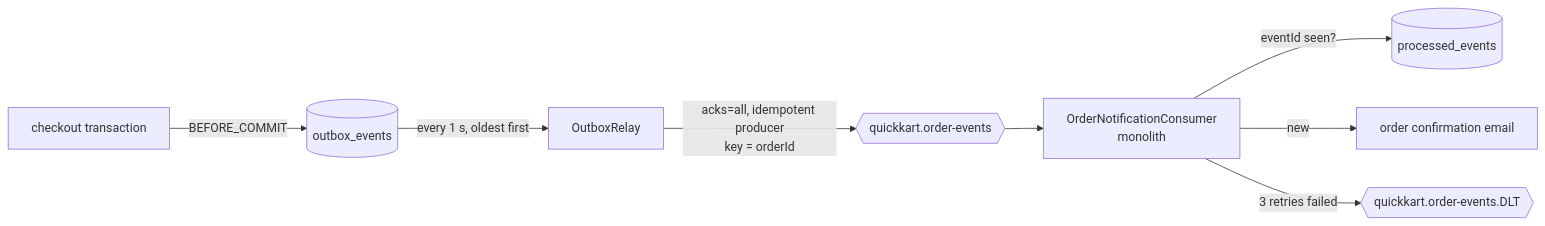
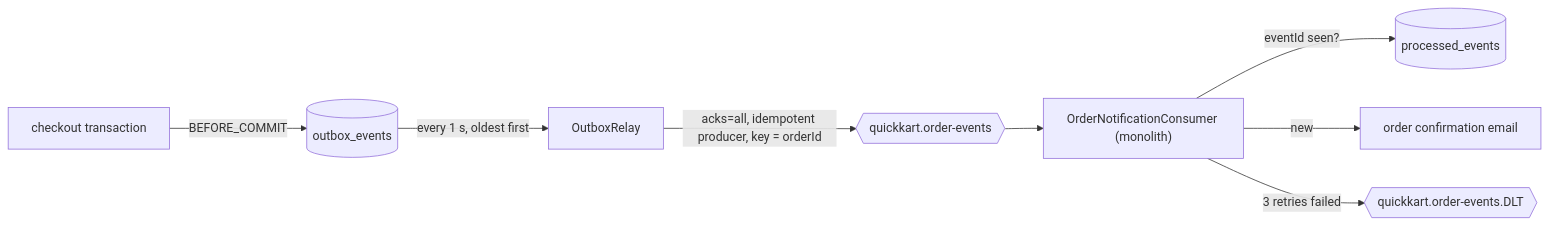
One commit to JayantBansal900/QuickKart changed the third of 3 diagrams in docs/architecture.md. Above: the diagram before and after it, drawn with Mermaid. The commit also changed other lines of this file and 1 other file, not shown here.

Commit message:
docs: fix mermaid diagrams so GitHub renders them

````diff
--- a/docs/architecture.md
+++ b/docs/architecture.md
@@ -108,10 +108,10 @@
 ```mermaid
 flowchart LR
-    T[checkout transaction] -->|BEFORE_COMMIT| OB[(outbox_events)]
-    OB -->|every 1 s, oldest first| R[OutboxRelay]
-    R -->|acks=all, idempotent producer<br/>key = orderId| K{{quickkart.order-events}}
-    K --> C[OrderNotificationConsumer<br/>monolith]
-    C -->|eventId seen?| PE[(processed_events)]
-    C -->|new| E[order confirmation email]
-    C -->|3 retries failed| D{{quickkart.order-events.DLT}}
+    T["checkout transaction"] -->|"BEFORE_COMMIT"| OB[("outbox_events")]
+    OB -->|"every 1 s, oldest first"| R["OutboxRelay"]
+    R -->|"acks=all, idempotent producer, key = orderId"| K{{"quickkart.order-events"}}
+    K --> C["OrderNotificationConsumer (monolith)"]
+    C -->|"eventId seen?"| PE[("processed_events")]
+    C -->|"new"| E["order confirmation email"]
+    C -->|"3 retries failed"| D{{"quickkart.order-events.DLT"}}
 ```
````
